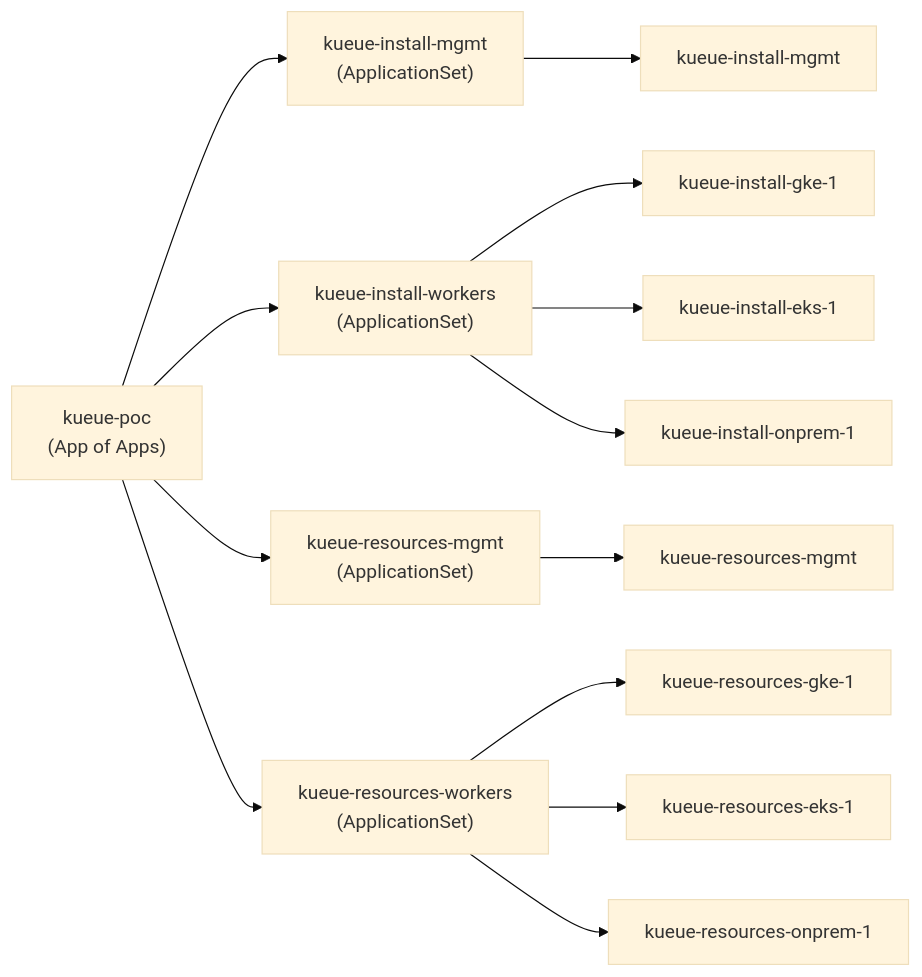
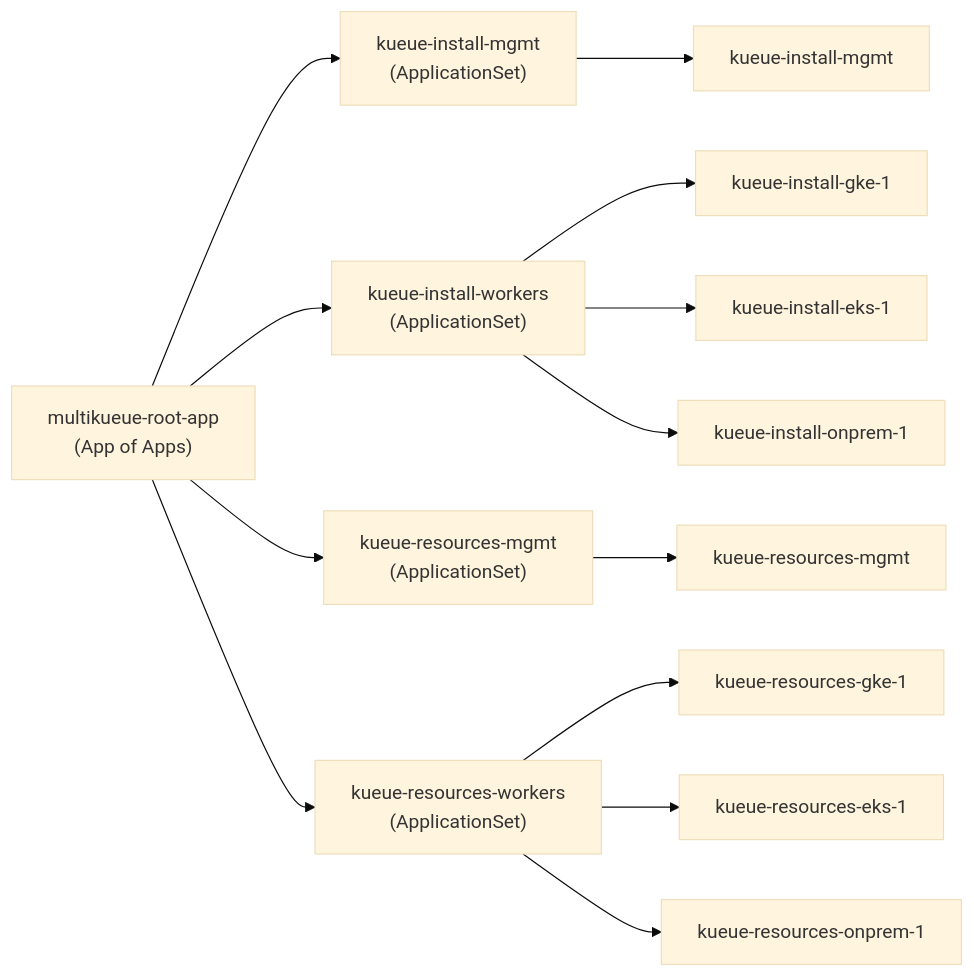
Before and after one commit to patilchinmay/k8s-experiments: the second of 2 diagrams in argocd/05-multikueue-helm-poc/README.md, drawn with Mermaid (base theme). The commit also changed other lines of this file and 5 other files, not shown here.

Commit message:
Rename kueue-poc to multikueue-root-app

````diff
--- a/argocd/05-multikueue-helm-poc/README.md
+++ b/argocd/05-multikueue-helm-poc/README.md
@@ -55,18 +55,18 @@
 ```mermaid
 graph LR
-    poc["kueue-poc<br>(App of Apps)"]
+    poc["multikueue-root-app<br>(App of Apps)"]
 
     poc --> as1["kueue-install-mgmt<br>(ApplicationSet)"]
     poc --> as2["kueue-install-workers<br>(ApplicationSet)"]
     poc --> as3["kueue-resources-mgmt<br>(ApplicationSet)"]
     poc --> as4["kueue-resources-workers<br>(ApplicationSet)"]
 
     as1 --> a1["kueue-install-mgmt"]
     as2 --> a2["kueue-install-gke-1"]
     as2 --> a3["kueue-install-eks-1"]
     as2 --> a4["kueue-install-onprem-1"]
     as3 --> a5["kueue-resources-mgmt"]
     as4 --> a6["kueue-resources-gke-1"]
     as4 --> a7["kueue-resources-eks-1"]
     as4 --> a8["kueue-resources-onprem-1"]
 ```
````
